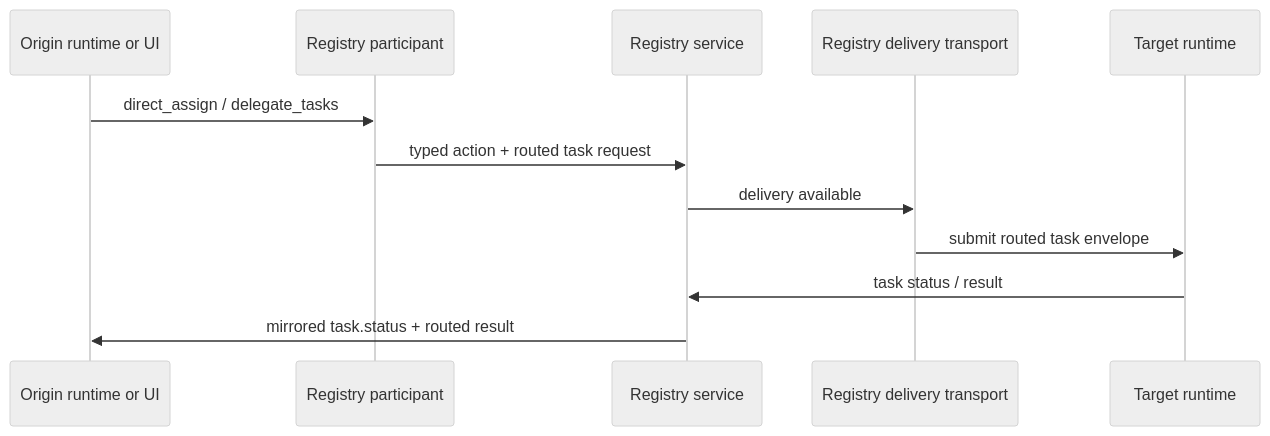
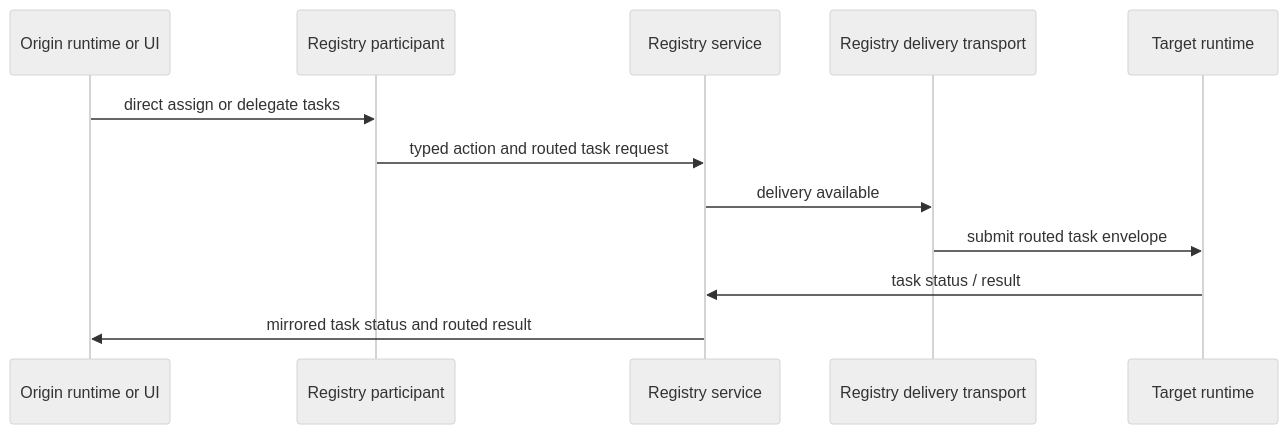
Before and after one commit to privacynow/octopus: the eighth of 8 diagrams in ARCHITECTURE.md, drawn with Mermaid (neutral theme). The commit also changed other lines of this file, not shown here.

Commit message:
Fix architecture diagrams

````diff
--- a/ARCHITECTURE.md
+++ b/ARCHITECTURE.md
@@ -572,15 +591,15 @@
 ```mermaid
 sequenceDiagram
     participant O as Origin runtime or UI
     participant RP as Registry participant
     participant R as Registry service
     participant DT as Registry delivery transport
     participant G as Target runtime
 
-    O->>RP: direct_assign / delegate_tasks
-    RP->>R: typed action + routed task request
+    O->>RP: direct assign or delegate tasks
+    RP->>R: typed action and routed task request
     R->>DT: delivery available
     DT->>G: submit routed task envelope
     G->>R: task status / result
-    R->>O: mirrored task.status + routed result
+    R->>O: mirrored task status and routed result
 ```
````
